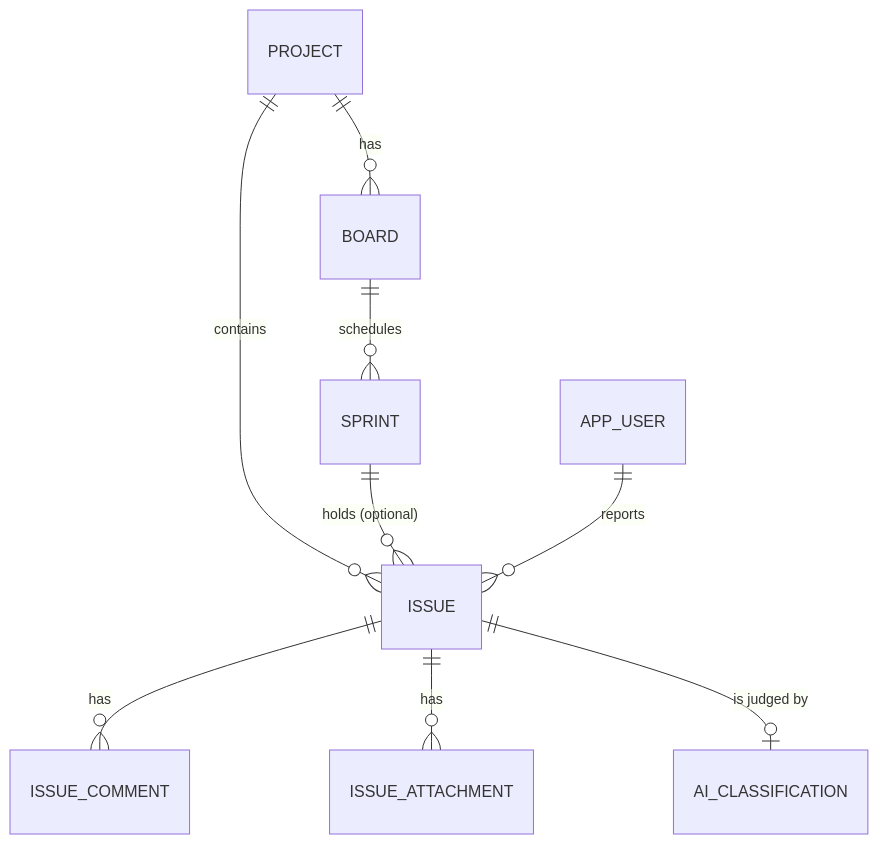
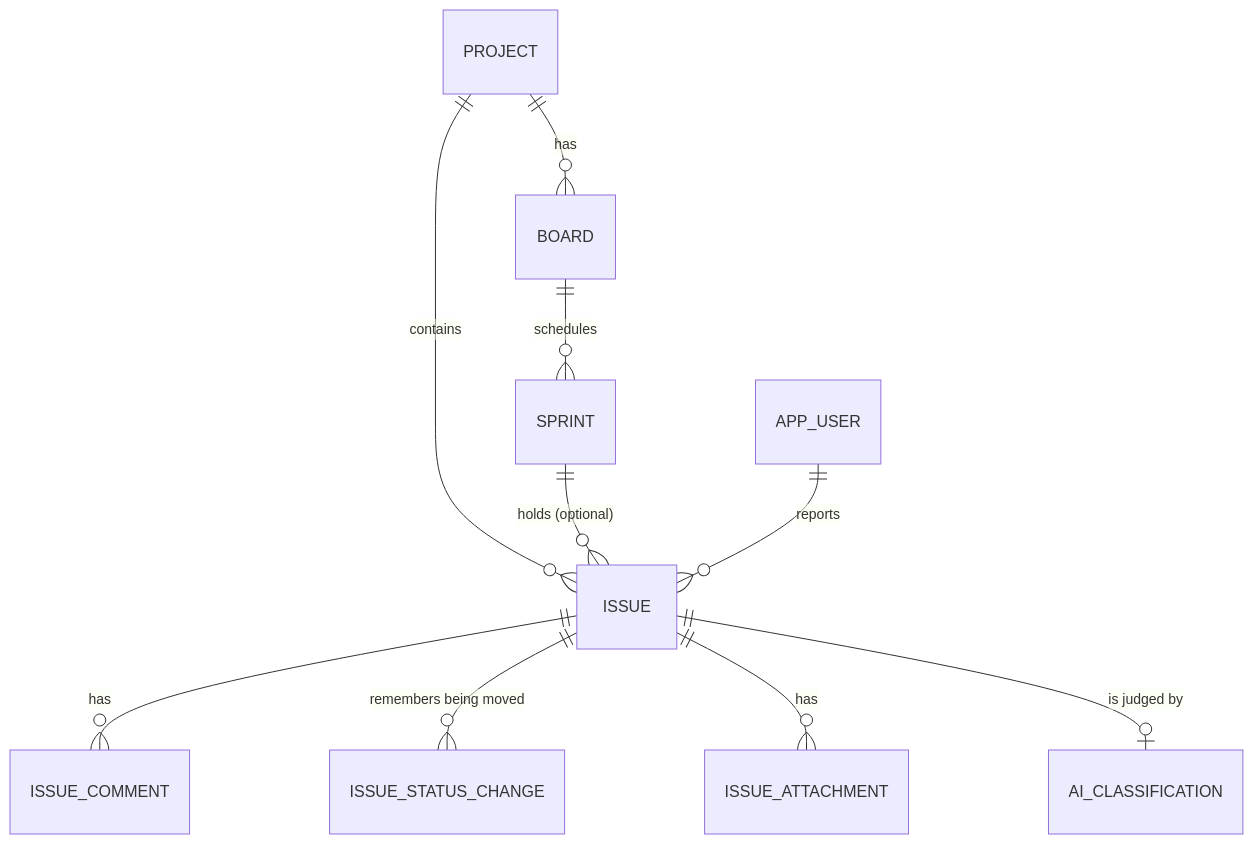
Before and after one commit to Abdelmoniem-Ouadoudi/workflow-api: the first of 7 diagrams in docs/services/work-service.md, drawn with Mermaid. The commit also changed other lines of this file and 19 other files, not shown here.

First line of the commit message:
feat(issue): record every status change and show it under the comments

````diff
--- a/docs/services/work-service.md
+++ b/docs/services/work-service.md
@@ -13,11 +13,12 @@
 ```mermaid
 erDiagram
     PROJECT  ||--o{ BOARD   : has
     PROJECT  ||--o{ ISSUE   : contains
     BOARD    ||--o{ SPRINT  : schedules
     SPRINT   ||--o{ ISSUE   : "holds (optional)"
     APP_USER ||--o{ ISSUE   : reports
     ISSUE    ||--o{ ISSUE_COMMENT    : has
+    ISSUE    ||--o{ ISSUE_STATUS_CHANGE : "remembers being moved"
     ISSUE    ||--o{ ISSUE_ATTACHMENT : has
     ISSUE    ||--o| AI_CLASSIFICATION : "is judged by"
 ```
````
